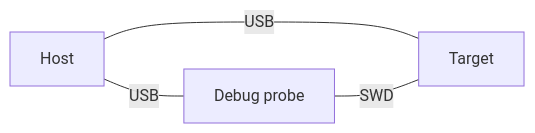
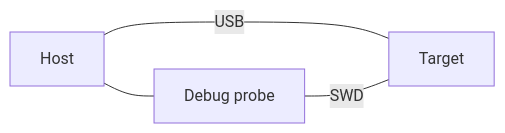
Before and after one commit to ianrrees/test-usb-device: the diagram in README.md, drawn with Mermaid. The commit also changed other lines of this file and 2 other files, not shown here.

````diff
--- a/README.md
+++ b/README.md
@@ -8,7 +10,7 @@
 ```mermaid
 graph LR;
   Debugger[Debug probe]
-  Host ---|USB| Debugger
+  Host --- Debugger
   Host ---|USB| Target
   Debugger ---|SWD| Target
 ```
````
